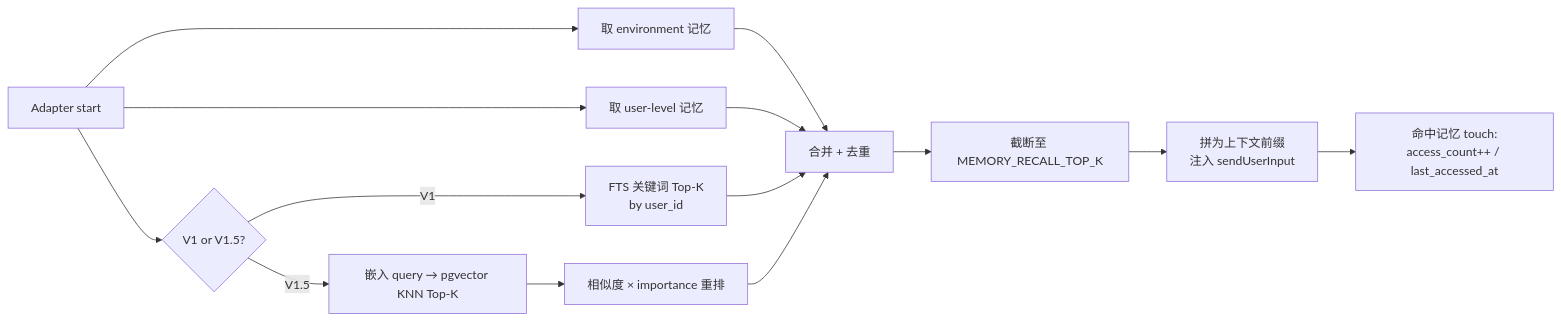
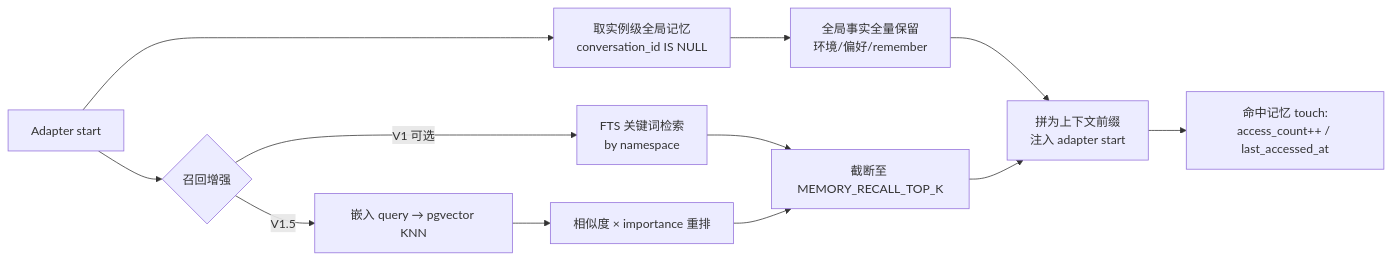
Before and after one commit to ygq-future/ai-cli-hub: the second of 2 diagrams in docs/06-Memory-Design.md, drawn with Mermaid. The commit also changed other lines of this file and 15 other files, not shown here.

Commit message:
feat(memory): migrate memories to namespace scope

````diff
--- a/docs/06-Memory-Design.md
+++ b/docs/06-Memory-Design.md
@@ -86,16 +86,14 @@
 ```mermaid
 flowchart LR
-    IN[Adapter start] --> E[取 environment 记忆]
-    IN --> U[取 user-level 记忆]
-    IN --> R{V1 or V1.5?}
-    R -->|V1| FTS[FTS 关键词 Top-K<br/>by user_id]
-    R -->|V1.5| VEC[嵌入 query → pgvector KNN Top-K]
-    E --> MERGE[合并 + 去重]
-    U --> MERGE
-    FTS --> MERGE
+    IN[Adapter start] --> G[取实例级全局记忆<br/>conversation_id IS NULL]
+    IN --> R{召回增强}
+    G --> KEEP[全局事实全量保留<br/>环境/偏好/remember]
+    R -->|V1 可选| FTS[FTS 关键词检索<br/>by namespace]
+    R -->|V1.5| VEC[嵌入 query → pgvector KNN]
+    FTS --> CAP[截断至 MEMORY_RECALL_TOP_K]
     VEC --> RANK[相似度 × importance 重排]
-    RANK --> MERGE
-    MERGE --> CAP[截断至 MEMORY_RECALL_TOP_K]
-    CAP --> INJ[拼为上下文前缀<br/>注入 sendUserInput]
+    RANK --> CAP
+    KEEP --> INJ[拼为上下文前缀<br/>注入 adapter start]
+    CAP --> INJ
     INJ --> TOUCH[命中记忆 touch:<br/>access_count++ / last_accessed_at]
 ```
````
